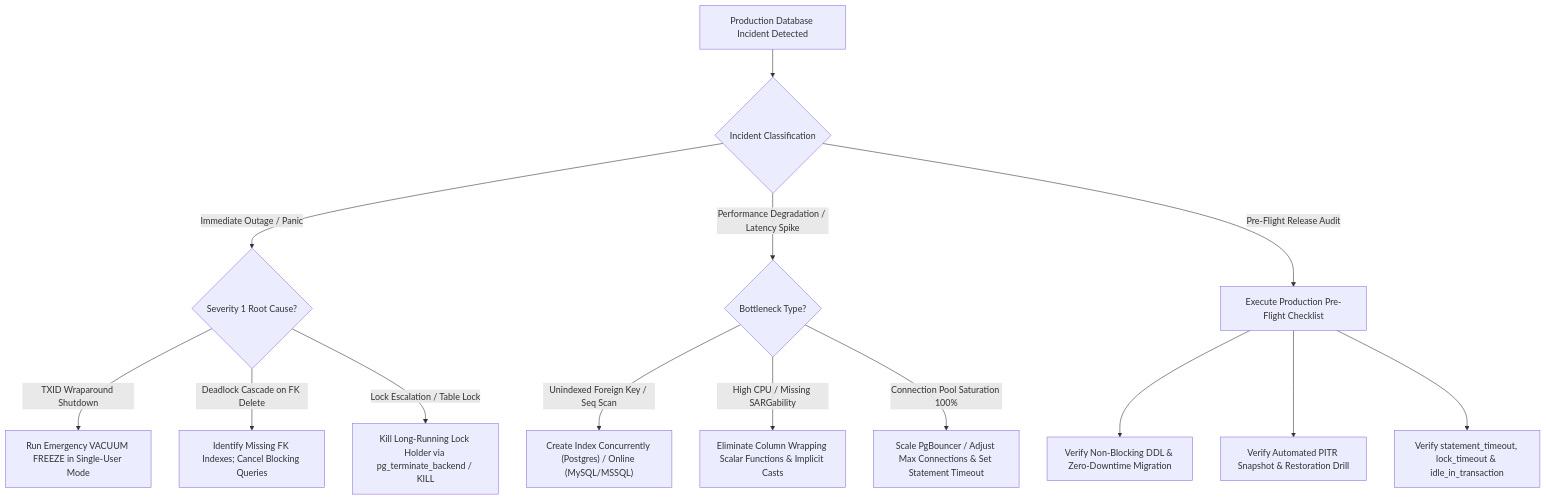
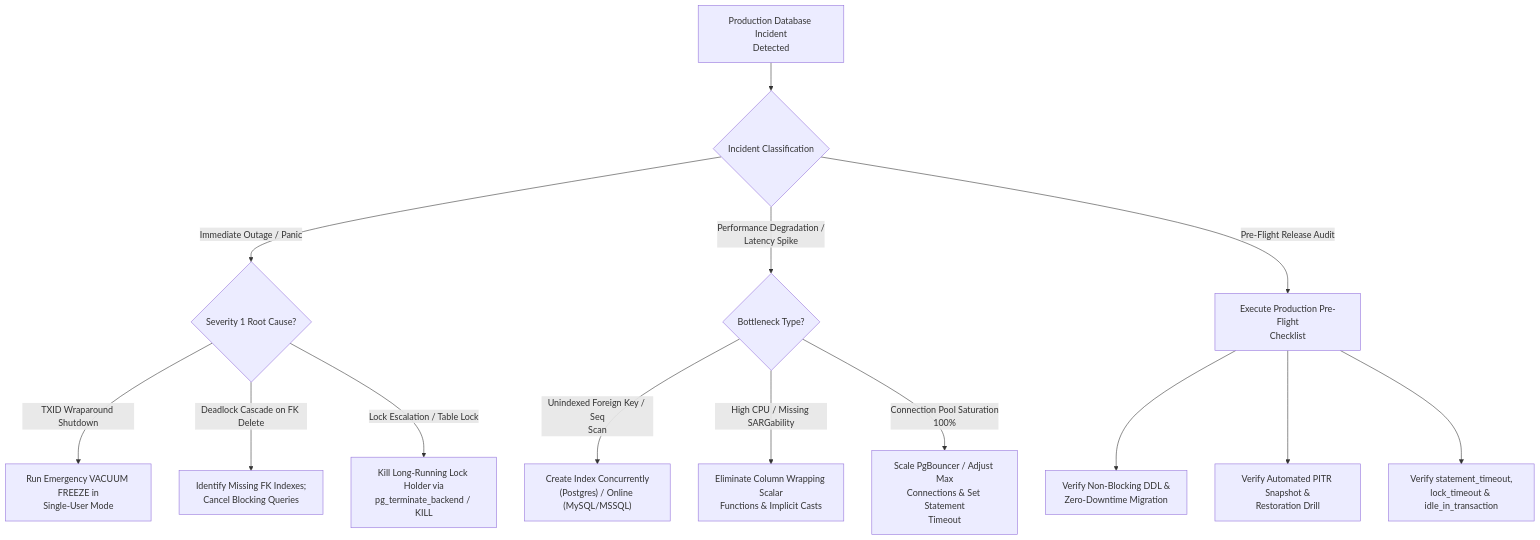
Before and after one commit to santoshjammi29/sql-handbook: the diagram in runbooks/08_production_database_preflight_checklist_and_gotchas.md, drawn with Mermaid. The commit also changed 17 other files, not shown here.

Commit message:
fix(diagrams): word-wrap labels and escape comparison operators across all diagrams

````diff
--- a/runbooks/08_production_database_preflight_checklist_and_gotchas.md
+++ b/runbooks/08_production_database_preflight_checklist_and_gotchas.md
@@ -11,19 +11,19 @@
 ```mermaid
 flowchart TD
-    Alert["Production Database Incident Detected"] --> Classify{"Incident Classification"}
+    Alert["Production Database Incident<br/>Detected"] --> Classify{"Incident Classification"}
 
-    Classify -->|Immediate Outage / Panic| Sev1{"Severity 1 Root Cause?"}
-    Sev1 -->|TXID Wraparound Shutdown| FixTXID["Run Emergency VACUUM FREEZE in Single-User Mode"]
-    Sev1 -->|Deadlock Cascade on FK Delete| FixFK["Identify Missing FK Indexes; Cancel Blocking Queries"]
-    Sev1 -->|Lock Escalation / Table Lock| FixLock["Kill Long-Running Lock Holder via pg_terminate_backend / KILL"]
+    Classify -->|"Immediate Outage / Panic"| Sev1{"Severity 1 Root Cause?"}
+    Sev1 -->|TXID Wraparound Shutdown| FixTXID["Run Emergency VACUUM FREEZE in<br/>Single-User Mode"]
+    Sev1 -->|Deadlock Cascade on FK Delete| FixFK["Identify Missing FK Indexes;<br/>Cancel Blocking Queries"]
+    Sev1 -->|"Lock Escalation / Table Lock"| FixLock["Kill Long-Running Lock Holder via<br/>pg_terminate_backend / KILL"]
 
-    Classify -->|Performance Degradation / Latency Spike| Perf{"Bottleneck Type?"}
-    Perf -->|Unindexed Foreign Key / Seq Scan| AddIdx["Create Index Concurrently (Postgres) / Online (MySQL/MSSQL)"]
-    Perf -->|High CPU / Missing SARGability| FixQuery["Eliminate Column Wrapping Scalar Functions & Implicit Casts"]
-    Perf -->|Connection Pool Saturation 100%| FixPool["Scale PgBouncer / Adjust Max Connections & Set Statement Timeout"]
+    Classify -->|"Performance Degradation /<br/>Latency Spike"| Perf{"Bottleneck Type?"}
+    Perf -->|"Unindexed Foreign Key / Seq<br/>Scan"| AddIdx["Create Index Concurrently<br/>(Postgres) / Online (MySQL/MSSQL)"]
+    Perf -->|"High CPU / Missing SARGability"| FixQuery["Eliminate Column Wrapping Scalar<br/>Functions & Implicit Casts"]
+    Perf -->|"Connection Pool Saturation<br/>100%"| FixPool["Scale PgBouncer / Adjust Max<br/>Connections & Set Statement<br/>Timeout"]
 
-    Classify -->|Pre-Flight Release Audit| Audit["Execute Production Pre-Flight Checklist"]
-    Audit --> DDLCheck["Verify Non-Blocking DDL & Zero-Downtime Migration"]
-    Audit --> BackupCheck["Verify Automated PITR Snapshot & Restoration Drill"]
-    Audit --> TimeoutCheck["Verify statement_timeout, lock_timeout & idle_in_transaction"]
+    Classify -->|Pre-Flight Release Audit| Audit["Execute Production Pre-Flight<br/>Checklist"]
+    Audit --> DDLCheck["Verify Non-Blocking DDL &<br/>Zero-Downtime Migration"]
+    Audit --> BackupCheck["Verify Automated PITR Snapshot &<br/>Restoration Drill"]
+    Audit --> TimeoutCheck["Verify statement_timeout,<br/>lock_timeout & idle_in_transaction"]
 ```
````
